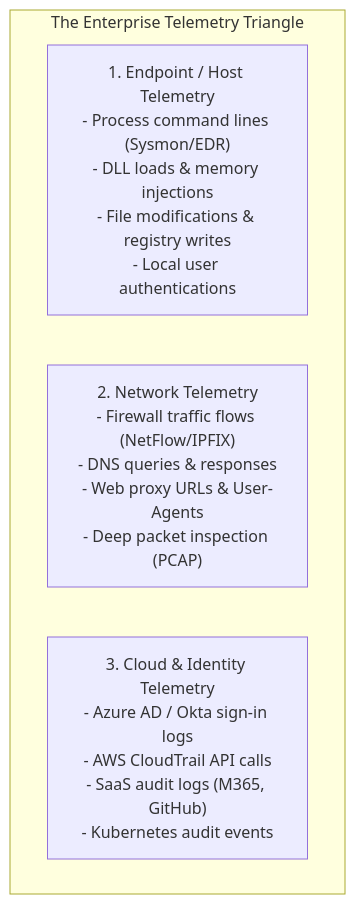
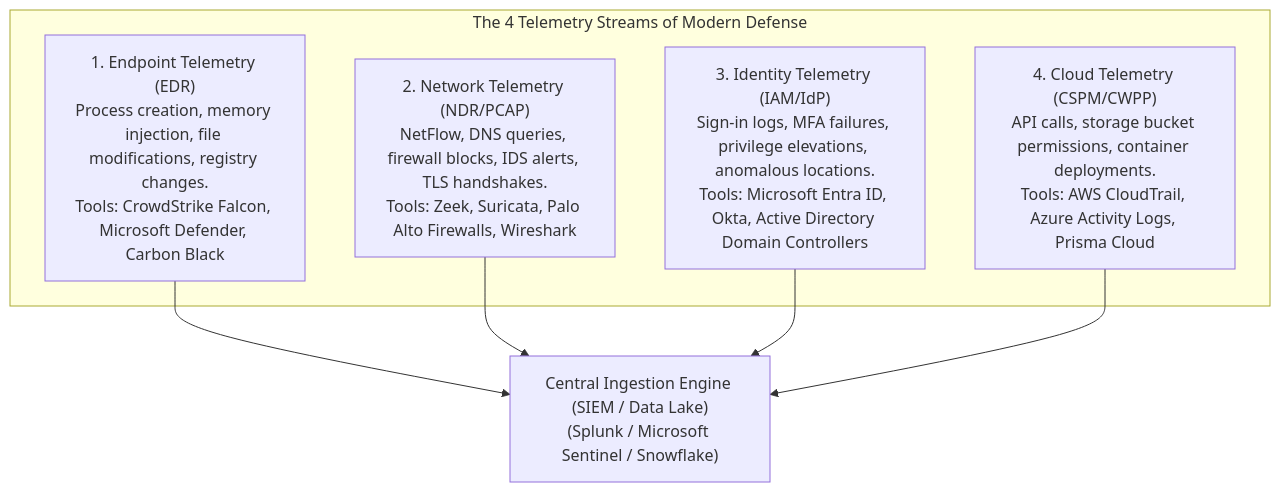
Before and after one commit to varunks04/CBS-Roleplay: the first of 2 diagrams in SOC/02_Core_Concepts/01_Security_Monitoring_and_Telemetry.md, drawn with Mermaid. The commit also changed other lines of this file and 40 other files, not shown here.

````diff
--- a/SOC/02_Core_Concepts/01_Security_Monitoring_and_Telemetry.md
+++ b/SOC/02_Core_Concepts/01_Security_Monitoring_and_Telemetry.md
@@ -17,10 +20,11 @@
 ```mermaid
 graph TD
-    subgraph "The Enterprise Telemetry Triangle"
-        Host["1. Endpoint / Host Telemetry<br>- Process command lines (Sysmon/EDR)<br>- DLL loads & memory injections<br>- File modifications & registry writes<br>- Local user authentications"]
-        
-        Network["2. Network Telemetry<br>- Firewall traffic flows (NetFlow/IPFIX)<br>- DNS queries & responses<br>- Web proxy URLs & User-Agents<br>- Deep packet inspection (PCAP)"]
-        
-        Cloud["3. Cloud & Identity Telemetry<br>- Azure AD / Okta sign-in logs<br>- AWS CloudTrail API calls<br>- SaaS audit logs (M365, GitHub)<br>- Kubernetes audit events"]
+    subgraph "The 4 Telemetry Streams of Modern Defense"
+        E["1. Endpoint Telemetry (EDR)<br/>Process creation, memory injection, file modifications, registry changes.<br/>Tools: CrowdStrike Falcon, Microsoft Defender, Carbon Black"]
+        N["2. Network Telemetry (NDR/PCAP)<br/>NetFlow, DNS queries, firewall blocks, IDS alerts, TLS handshakes.<br/>Tools: Zeek, Suricata, Palo Alto Firewalls, Wireshark"]
+        I["3. Identity Telemetry (IAM/IdP)<br/>Sign-in logs, MFA failures, privilege elevations, anomalous locations.<br/>Tools: Microsoft Entra ID, Okta, Active Directory Domain Controllers"]
+        C["4. Cloud Telemetry (CSPM/CWPP)<br/>API calls, storage bucket permissions, container deployments.<br/>Tools: AWS CloudTrail, Azure Activity Logs, Prisma Cloud"]
     end
+
+    E & N & I & C --> SIEM["Central Ingestion Engine (SIEM / Data Lake)<br/>(Splunk / Microsoft Sentinel / Snowflake)"]
 ```
````
